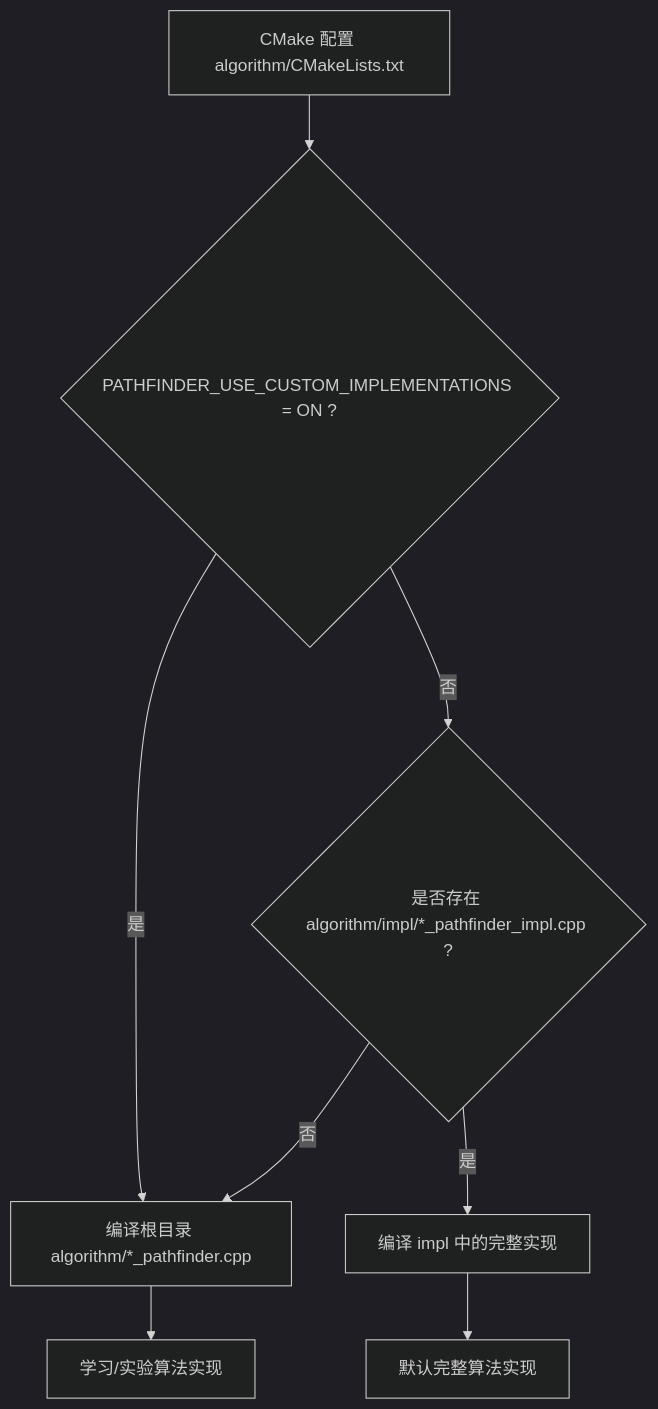
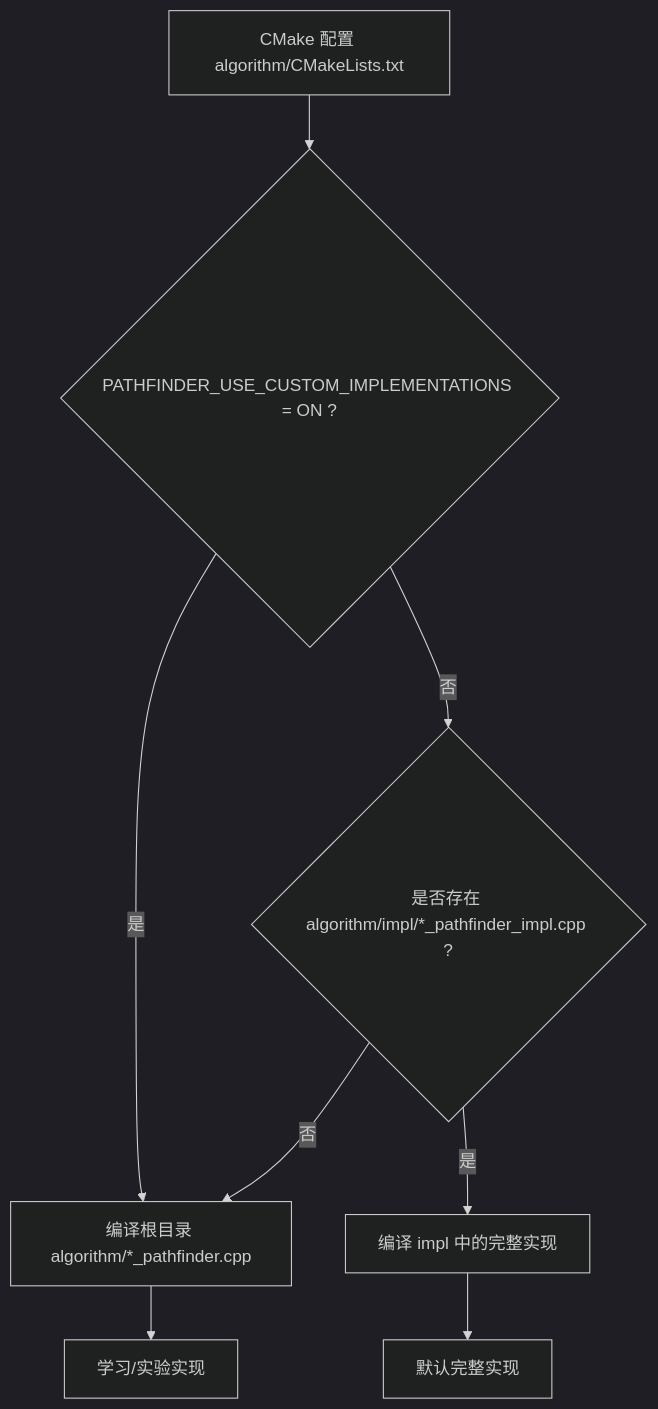
Before and after one commit to Akil0814/PathFindingVisualizer: the diagram in algorithm/README-CN.md, drawn with Mermaid (dark theme). The commit also changed other lines of this file and 2 other files, not shown here.

````diff
--- a/algorithm/README-CN.md
+++ b/algorithm/README-CN.md
@@ -19,10 +21,10 @@
 ```mermaid
 flowchart TD
     A["CMake 配置 algorithm/CMakeLists.txt"] --> B{"PATHFINDER_USE_CUSTOM_IMPLEMENTATIONS = ON ?"}
     B -- "是" --> C["编译根目录 algorithm/*_pathfinder.cpp"]
     B -- "否" --> D{"是否存在 algorithm/impl/*_pathfinder_impl.cpp ?"}
     D -- "是" --> E["编译 impl 中的完整实现"]
     D -- "否" --> C
-    C --> F["学习/实验算法实现"]
-    E --> G["默认完整算法实现"]
+    C --> F["学习/实验实现"]
+    E --> G["默认完整实现"]
 ```
````
